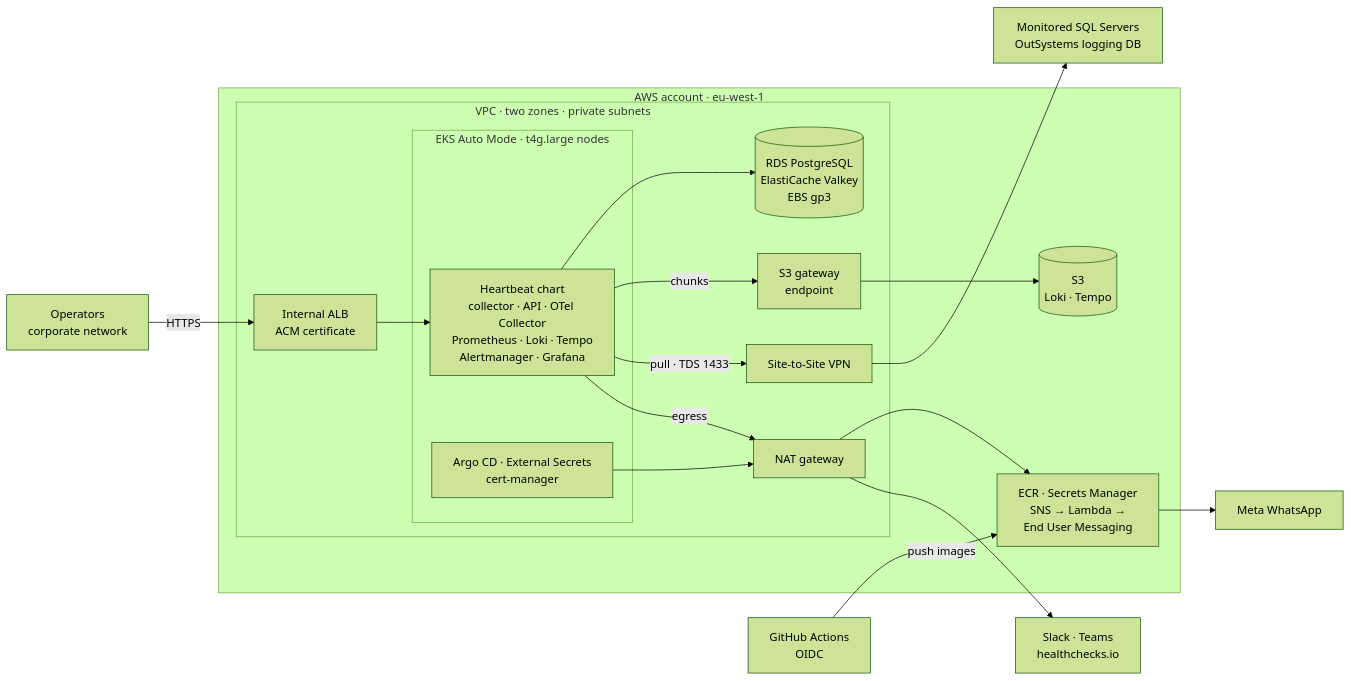
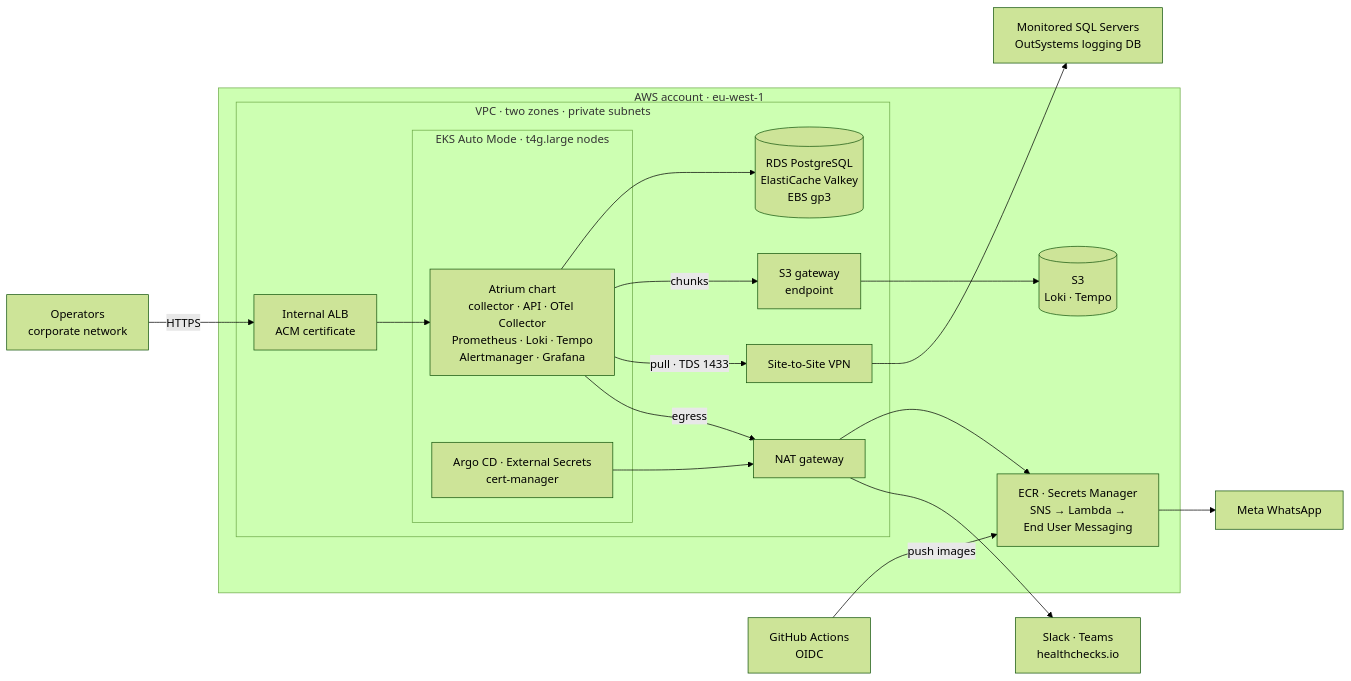
Before and after one commit to gdpais/Atrium: the diagram in docs/architecture/aws-infrastructure.md, drawn with Mermaid (forest theme). The commit also changed other lines of this file and 399 other files, not shown here.

First line of the commit message:
feat!: rename the project from Heartbeat to Atrium

````diff
--- a/docs/architecture/aws-infrastructure.md
+++ b/docs/architecture/aws-infrastructure.md
@@ -35,35 +35,35 @@
 ```mermaid
 flowchart LR
   ops["Operators<br/>corporate network"]
   gh["GitHub Actions<br/>OIDC"]
   sql["Monitored SQL Servers<br/>OutSystems logging DB"]
   saas["Slack · Teams<br/>healthchecks.io"]
   meta["Meta WhatsApp"]
 
   subgraph aws["AWS account · eu-west-1"]
     subgraph vpc["VPC · two zones · private subnets"]
       alb["Internal ALB<br/>ACM certificate"]
       subgraph eks["EKS Auto Mode · t4g.large nodes"]
-        hb["Heartbeat chart<br/>collector · API · OTel Collector<br/>Prometheus · Loki · Tempo<br/>Alertmanager · Grafana"]
+        hb["Atrium chart<br/>collector · API · OTel Collector<br/>Prometheus · Loki · Tempo<br/>Alertmanager · Grafana"]
         addons["Argo CD · External Secrets<br/>cert-manager"]
       end
       data[("RDS PostgreSQL<br/>ElastiCache Valkey<br/>EBS gp3")]
       nat["NAT gateway"]
       s3ep["S3 gateway<br/>endpoint"]
       vpn["Site-to-Site VPN"]
     end
     svc["ECR · Secrets Manager<br/>SNS → Lambda →<br/>End User Messaging"]
     s3[("S3<br/>Loki · Tempo")]
   end
 
   ops -- "HTTPS" --> alb --> hb
   hb --> data
   hb -- "chunks" --> s3ep --> s3
   hb -- "pull · TDS 1433" --> vpn --> sql
   hb -- "egress" --> nat
   addons --> nat
   nat --> svc
   nat --> saas
   svc --> meta
   gh -- "push images" --> svc
 ```
````
